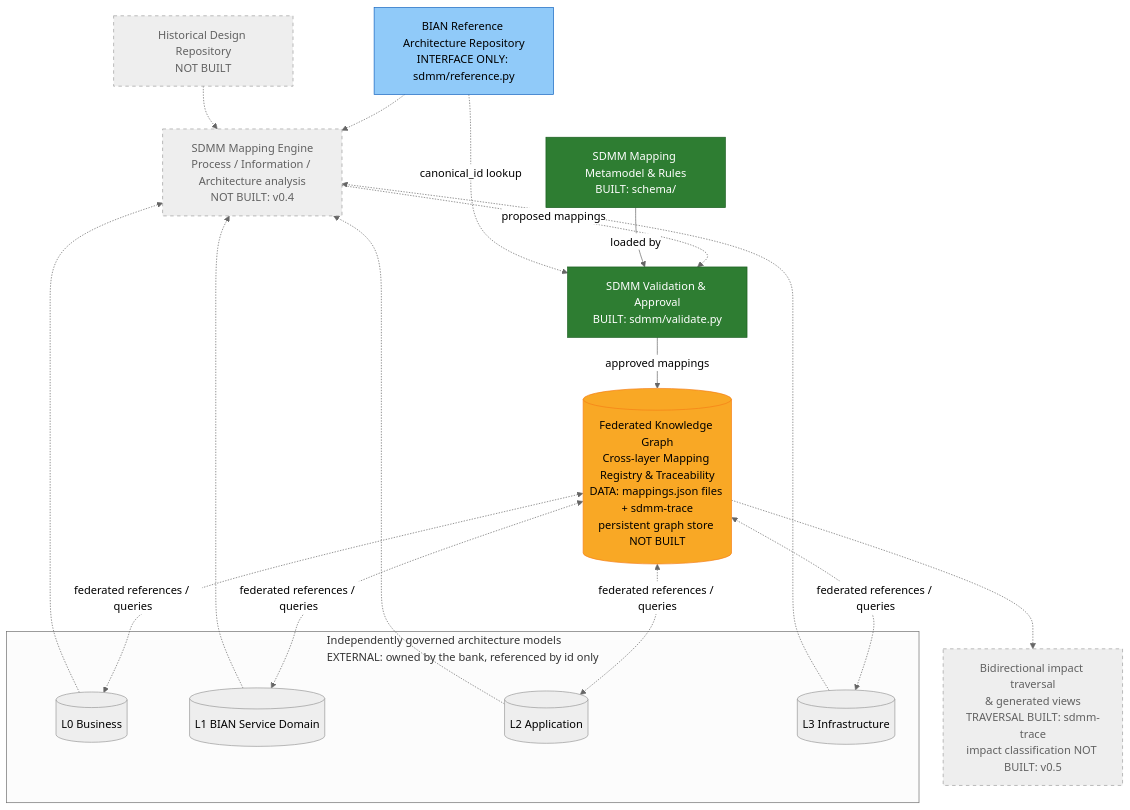
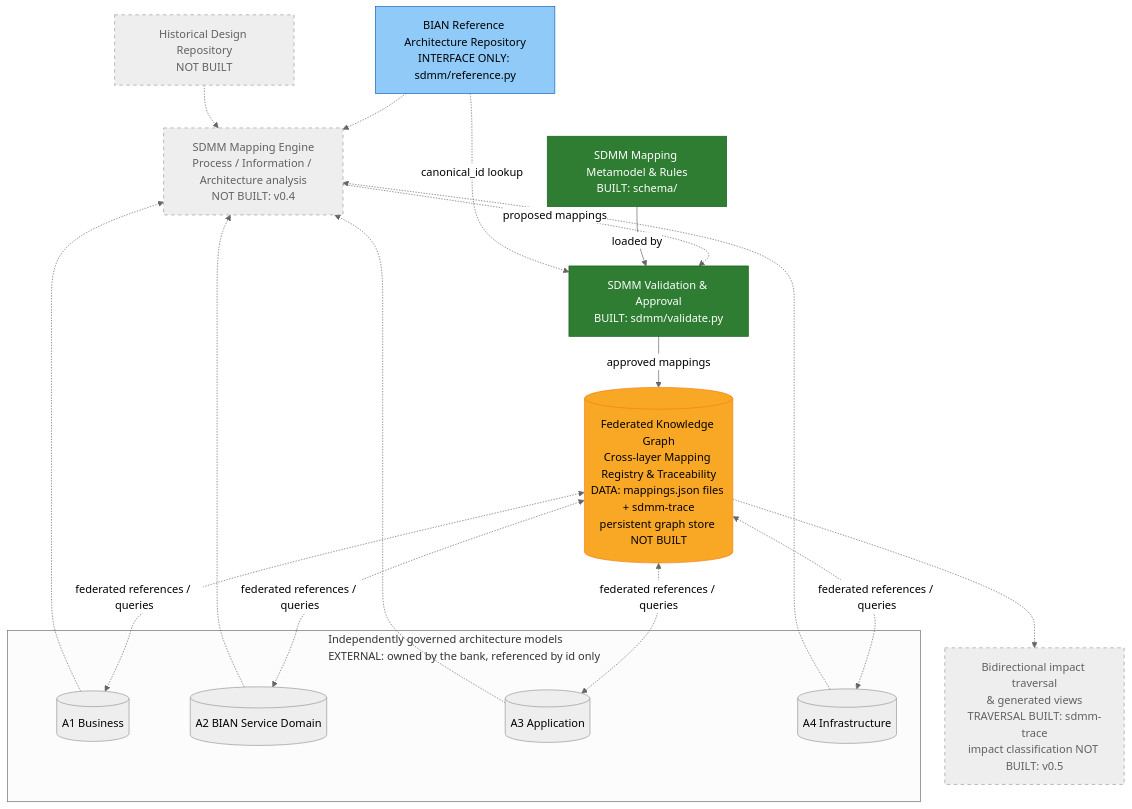
Before and after one commit to taumoeps/bian-sdem-framework: the sixth of 6 diagrams in README.md, drawn with Mermaid (neutral theme). The commit also changed other lines of this file and 22 other files, not shown here.

````diff
--- a/README.md
+++ b/README.md
@@ -324,41 +326,41 @@
 ```mermaid
 flowchart TB
     REF["BIAN Reference Architecture Repository<br/>INTERFACE ONLY: sdmm/reference.py"]
     HIST["Historical Design Repository<br/>NOT BUILT"]
     RULES["SDMM Mapping Metamodel & Rules<br/>BUILT: schema/"]
     ENGINE["SDMM Mapping Engine<br/>Process / Information / Architecture analysis<br/>NOT BUILT: v0.4"]
     VALID["SDMM Validation & Approval<br/>BUILT: sdmm/validate.py"]
     FED[("Federated Knowledge Graph<br/>Cross-layer Mapping Registry & Traceability<br/>DATA: mappings.json files + sdmm-trace<br/>persistent graph store NOT BUILT")]
     IMPACT["Bidirectional impact traversal<br/>& generated views<br/>TRAVERSAL BUILT: sdmm-trace<br/>impact classification NOT BUILT: v0.5"]
 
     subgraph LEVELS["Independently governed architecture models<br/>EXTERNAL: owned by the bank, referenced by id only"]
-      L0[(L0 Business)]
-      L1[(L1 BIAN Service Domain)]
-      L2[(L2 Application)]
-      L3[(L3 Infrastructure)]
+      A1[(A1 Business)]
+      A2[(A2 BIAN Service Domain)]
+      A3[(A3 Application)]
+      A4[(A4 Infrastructure)]
     end
 
-    L0 -.-> ENGINE
-    L1 -.-> ENGINE
-    L2 -.-> ENGINE
-    L3 -.-> ENGINE
+    A1 -.-> ENGINE
+    A2 -.-> ENGINE
+    A3 -.-> ENGINE
+    A4 -.-> ENGINE
     REF -.-> ENGINE
     HIST -.-> ENGINE
     ENGINE -.->|proposed mappings| VALID
     RULES -->|loaded by| VALID
     REF -.->|canonical_id lookup| VALID
     VALID -->|approved mappings| FED
-    FED <-.->|federated references / queries| L0
-    FED <-.->|federated references / queries| L1
-    FED <-.->|federated references / queries| L2
-    FED <-.->|federated references / queries| L3
+    FED <-.->|federated references / queries| A1
+    FED <-.->|federated references / queries| A2
+    FED <-.->|federated references / queries| A3
+    FED <-.->|federated references / queries| A4
     FED -.-> IMPACT
 
     style RULES fill:#2e7d32,color:#fff,stroke:#1b5e20
     style VALID fill:#2e7d32,color:#fff,stroke:#1b5e20
     style FED fill:#f9a825,color:#000,stroke:#f57f17
     style REF fill:#90caf9,color:#000,stroke:#1565c0
     style ENGINE fill:#eeeeee,color:#616161,stroke:#9e9e9e,stroke-dasharray: 5 5
     style HIST fill:#eeeeee,color:#616161,stroke:#9e9e9e,stroke-dasharray: 5 5
     style IMPACT fill:#eeeeee,color:#616161,stroke:#9e9e9e,stroke-dasharray: 5 5
 ```
````
